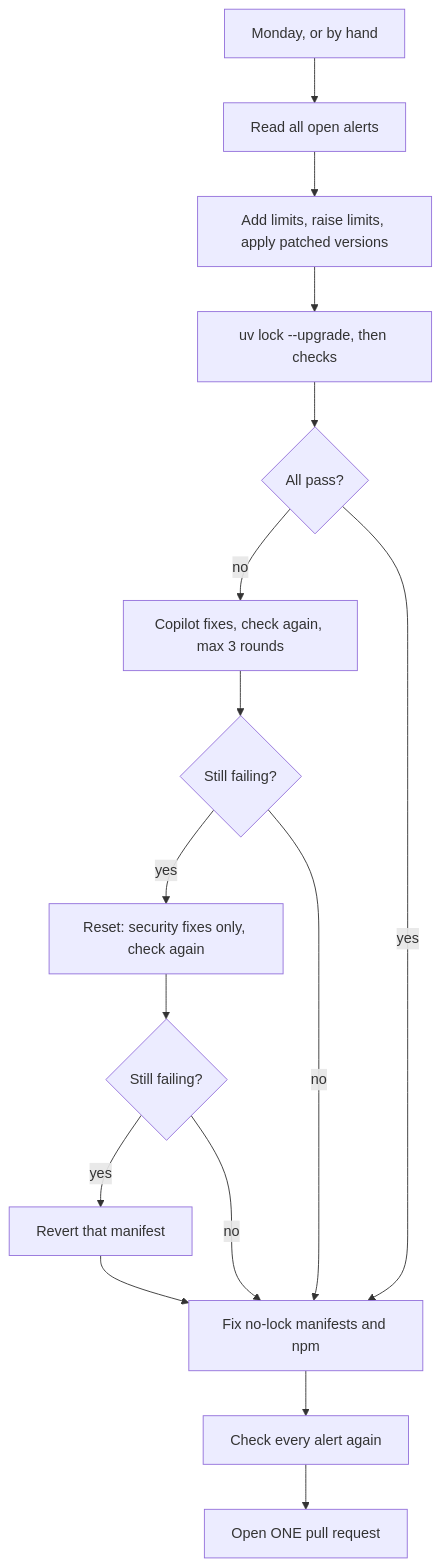
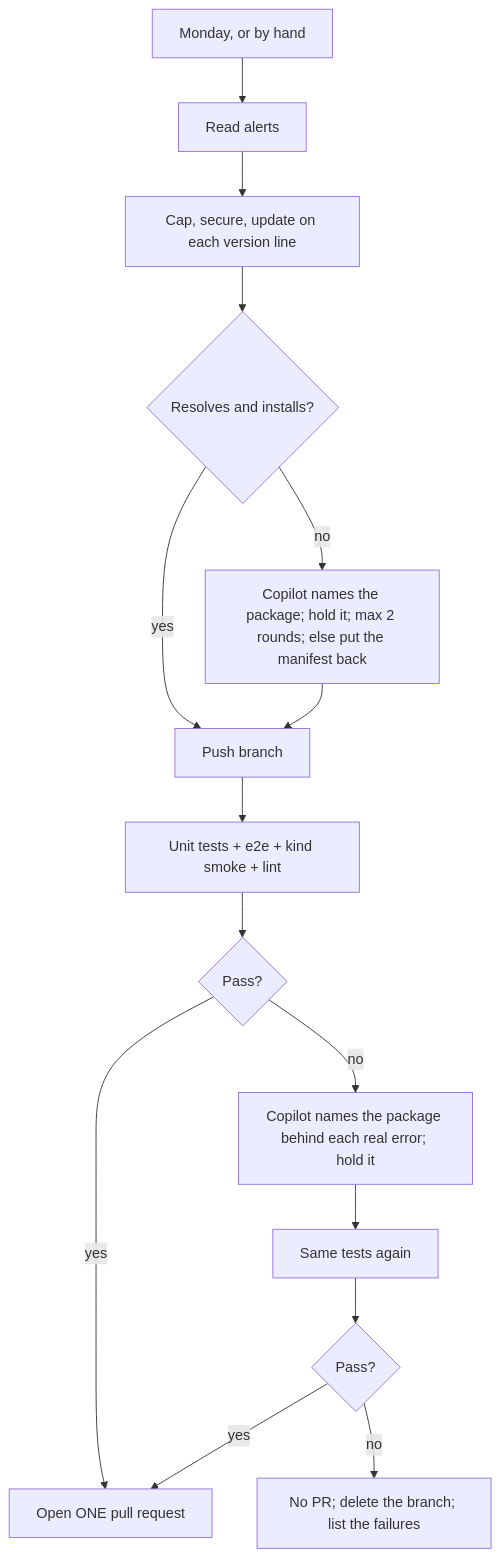
One commit to yaalalabs/agent-kernel changed the fourth of 4 diagrams in docs/specs/659-824-dependency-workflows/design.md. Above: the diagram before and after it, drawn with Mermaid. The commit also changed other lines of this file and 13 other files, not shown here.

Commit message:
ci: minimal dependency update — version lines, test gate before the PR, Copilot names packages to hold

````diff
--- a/docs/specs/659-824-dependency-workflows/design.md
+++ b/docs/specs/659-824-dependency-workflows/design.md
@@ -178,18 +174,17 @@
 ```mermaid
 flowchart TD
-    A[Monday, or by hand] --> B[Read all open alerts]
-    B --> C[Add limits, raise limits, apply patched versions]
-    C --> D[uv lock --upgrade, then checks]
-    D --> E{All pass?}
-    E -- no --> F[Copilot fixes, check again, max 3 rounds]
-    F --> G{Still failing?}
-    G -- yes --> H[Reset: security fixes only, check again]
-    H --> I{Still failing?}
-    I -- yes --> J[Revert that manifest]
-    G -- no --> K
-    I -- no --> K
-    E -- yes --> K[Fix no-lock manifests and npm]
-    J --> K
-    K --> L[Check every alert again]
-    L --> M[Open ONE pull request]
+    A[Monday, or by hand] --> B[Read alerts]
+    B --> C[Cap, secure, update on each version line]
+    C --> D{Resolves and installs?}
+    D -- no --> E[Copilot names the package; hold it; max 2 rounds; else put the manifest back]
+    D -- yes --> F
+    E --> F[Push branch]
+    F --> T1[Unit tests + e2e + kind smoke + lint]
+    T1 --> P{Pass?}
+    P -- yes --> M[Open ONE pull request]
+    P -- no --> X[Copilot names the package behind each real error; hold it]
+    X --> T2[Same tests again]
+    T2 --> Q{Pass?}
+    Q -- yes --> M
+    Q -- no --> N[No PR; delete the branch; list the failures]
 ```
````
